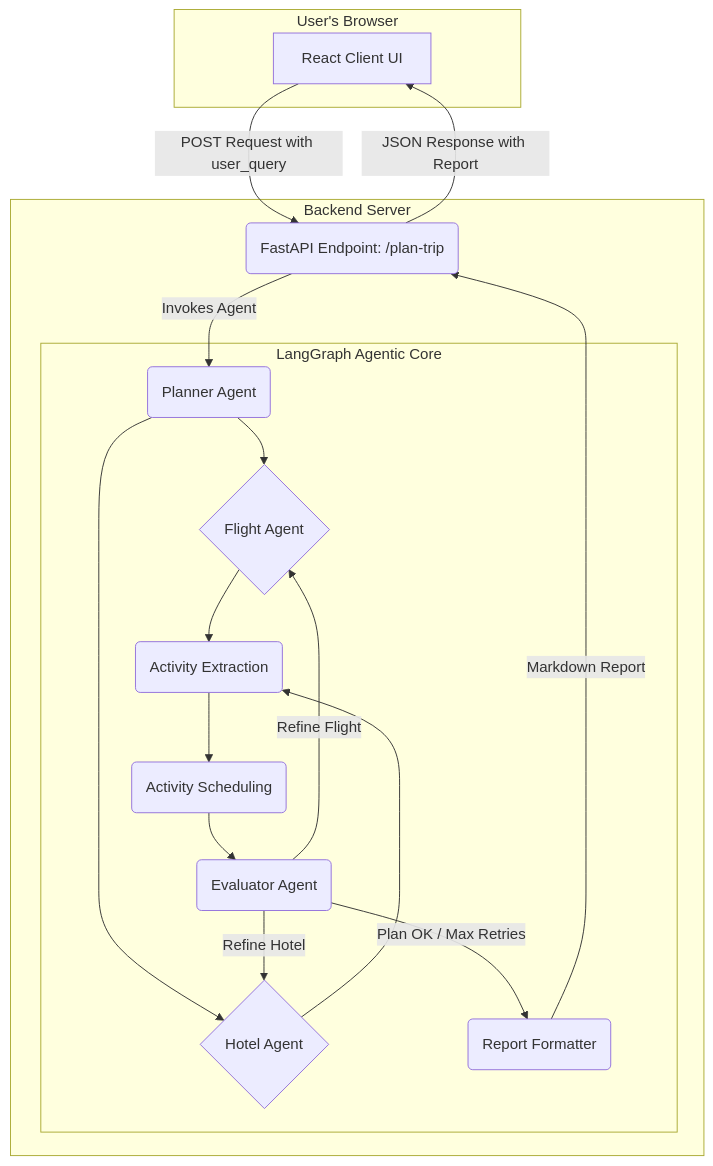
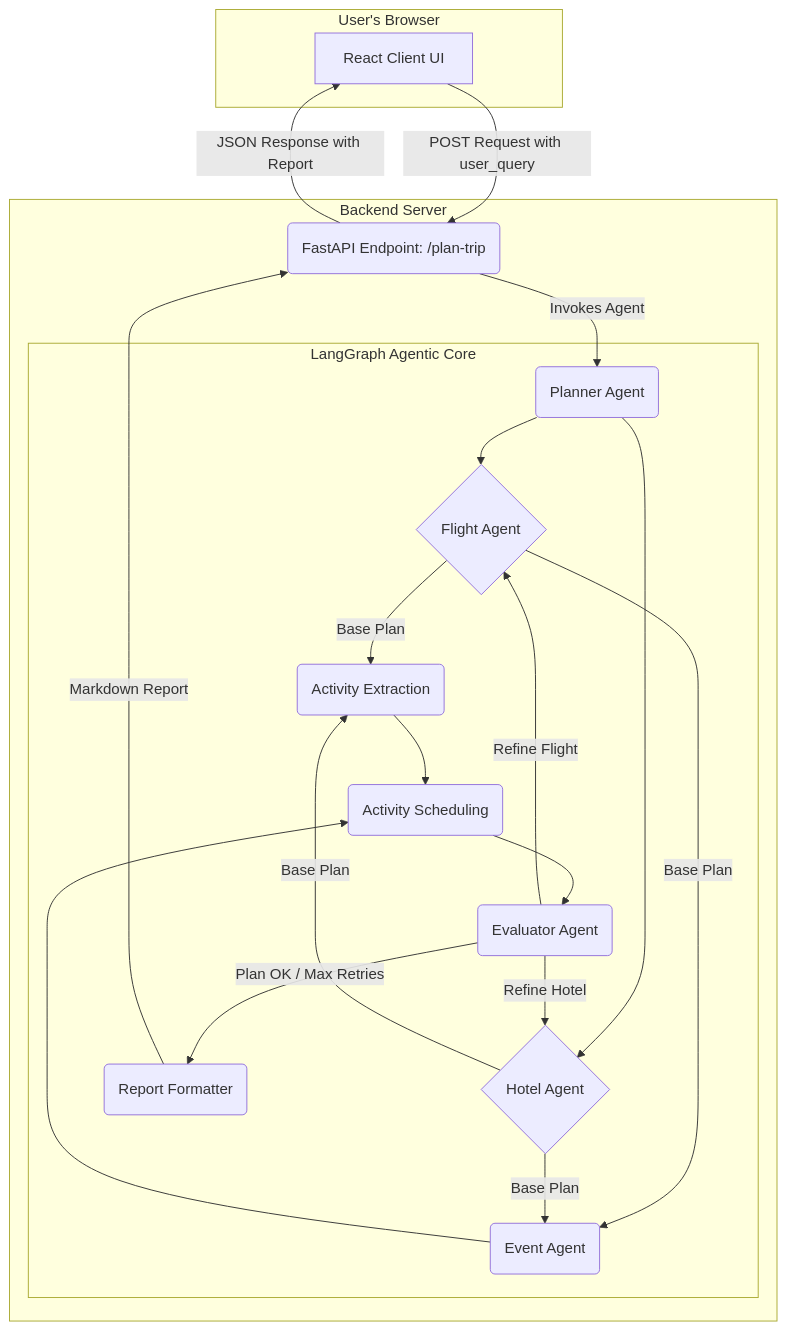
One commit to berkyalkn/AI-travel-agent changed the diagram in README.md. Above: the diagram before and after it, drawn with Mermaid. The commit also changed other lines of this file, not shown here.

````diff
--- a/README.md
+++ b/README.md
@@ -46,33 +50,34 @@
 ```mermaid
 graph TD
     subgraph "User's Browser"
         A[React Client UI]
     end
 
     subgraph "Backend Server"
         B(FastAPI Endpoint: /plan-trip)
         subgraph LangGraph Agentic Core
             C(Planner Agent)
             D{Flight Agent}
             E{Hotel Agent}
             F(Activity Extraction)
+            J(Event Agent)
             G(Activity Scheduling)
             H(Evaluator Agent)
             I(Report Formatter)
         end
     end
 
     
     A -- "POST Request with user_query" --> B
     B -- "Invokes Agent" --> C
     C --> D & E
-    D --> F
-    E --> F
+    D & E -- "Base Plan" --> F & J
     F --> G
+    J --> G
     G --> H
     H -- "Refine Hotel" --> E
     H -- "Refine Flight" --> D
     H -- "Plan OK / Max Retries" --> I
     I -- "Markdown Report" --> B
     B -- "JSON Response with Report" --> A
  ```
````
